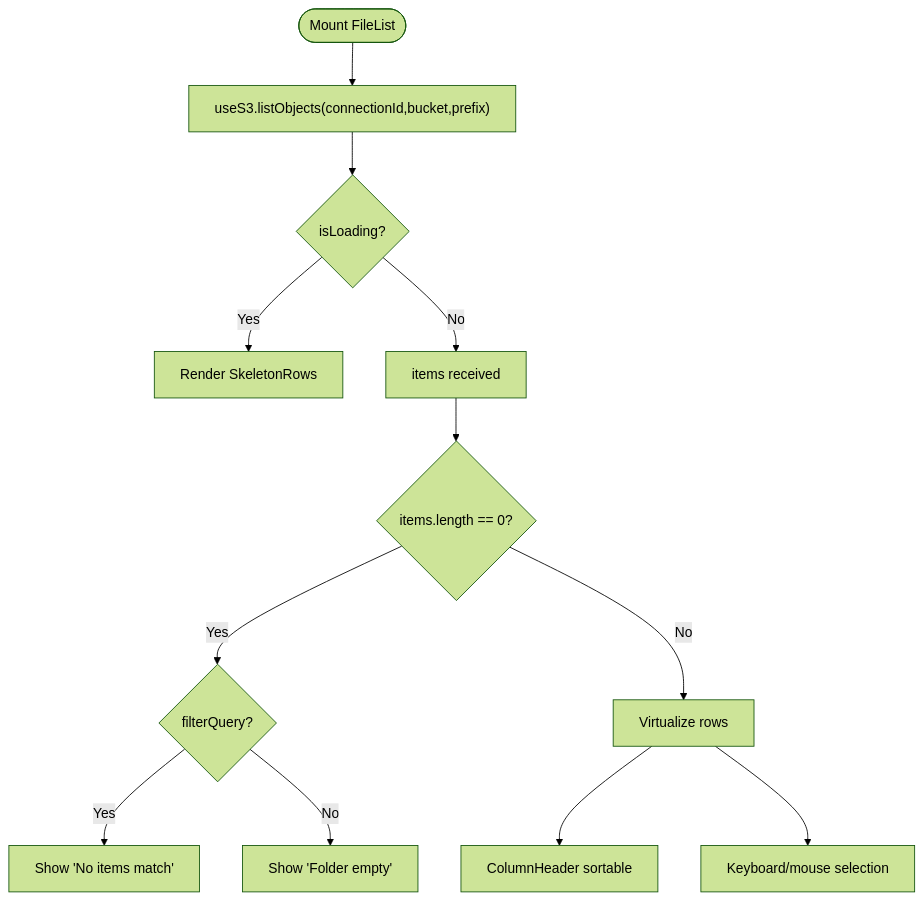
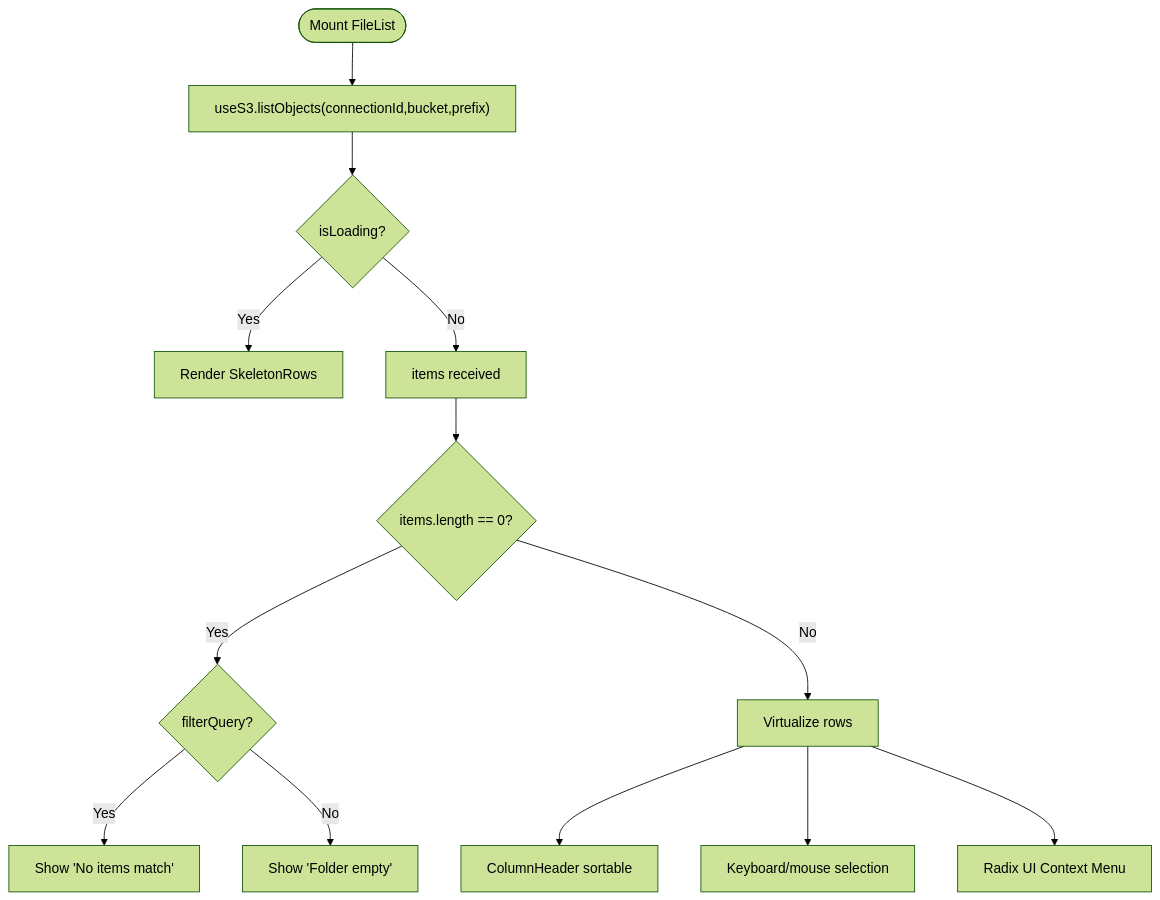
The sixth of 15 diagrams in .qoder/repowiki/en/content/Core Features/File Browser Interface.md (nasrulhadi/s3-explorer), drawn with Mermaid (forest theme) before and after one commit. The commit also changed other lines of this file and 44 other files, not shown here.

````diff
--- a/.qoder/repowiki/en/content/Core Features/File Browser Interface.md
+++ b/.qoder/repowiki/en/content/Core Features/File Browser Interface.md
@@ -250,14 +288,15 @@
 ```mermaid
 flowchart TD
 Init(["Mount FileList"]) --> Query["useS3.listObjects(connectionId,bucket,prefix)"]
 Query --> Loading{"isLoading?"}
 Loading --> |Yes| Skeleton["Render SkeletonRows"]
 Loading --> |No| Items["items received"]
 Items --> Empty{"items.length == 0?"}
 Empty --> |Yes| Filtered{"filterQuery?"}
 Filtered --> |Yes| NoMatch["Show 'No items match'"]
 Filtered --> |No| EmptyFolder["Show 'Folder empty'"]
 Empty --> |No| Render["Virtualize rows"]
 Render --> Sort["ColumnHeader sortable"]
 Render --> Select["Keyboard/mouse selection"]
+Render --> ContextMenu["Radix UI Context Menu"]
 ```
````
